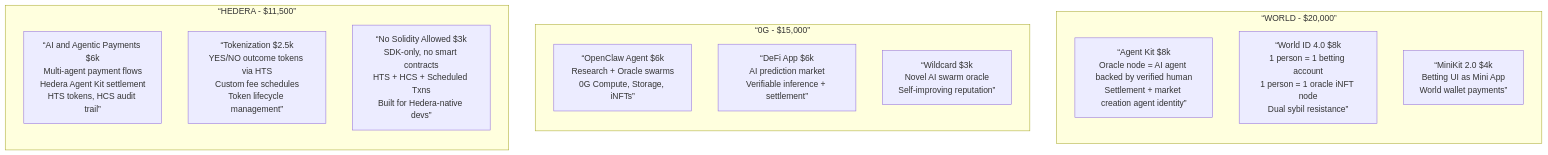
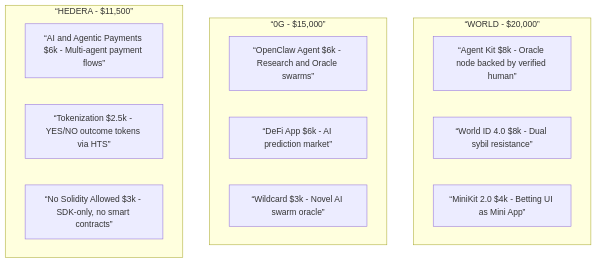
One commit to derek2403/cannes2026 changed the second of 8 diagrams in README.md. Above: the diagram before and after it, drawn with Mermaid. The commit also changed other lines of this file, not shown here.

````diff
--- a/README.md
+++ b/README.md
@@ -309,23 +308,20 @@
 ```mermaid
 graph TB
     subgraph WORLD[“WORLD - $20,000”]
-        direction TB
-        W1[“Agent Kit $8k<br/>Oracle node = AI agent backed by verified human<br/>Settlement + market creation agent identity”]
-        W2[“World ID 4.0 $8k<br/>1 person = 1 betting account<br/>1 person = 1 oracle iNFT node<br/>Dual sybil resistance”]
-        W3[“MiniKit 2.0 $4k<br/>Betting UI as Mini App<br/>World wallet payments”]
+        W1[“Agent Kit $8k - Oracle node backed by verified human”]
+        W2[“World ID 4.0 $8k - Dual sybil resistance”]
+        W3[“MiniKit 2.0 $4k - Betting UI as Mini App”]
     end
 
     subgraph ZG[“0G - $15,000”]
-        direction TB
-        Z1[“OpenClaw Agent $6k<br/>Research + Oracle swarms<br/>0G Compute, Storage, iNFTs”]
-        Z2[“DeFi App $6k<br/>AI prediction market<br/>Verifiable inference + settlement”]
-        Z3[“Wildcard $3k<br/>Novel AI swarm oracle<br/>Self-improving reputation”]
+        Z1[“OpenClaw Agent $6k - Research and Oracle swarms”]
+        Z2[“DeFi App $6k - AI prediction market”]
+        Z3[“Wildcard $3k - Novel AI swarm oracle”]
     end
 
     subgraph HEDERA[“HEDERA - $11,500”]
-        direction TB
-        H1[“AI and Agentic Payments $6k<br/>Multi-agent payment flows<br/>Hedera Agent Kit settlement<br/>HTS tokens, HCS audit trail”]
-        H2[“Tokenization $2.5k<br/>YES/NO outcome tokens via HTS<br/>Custom fee schedules<br/>Token lifecycle management”]
-        H3[“No Solidity Allowed $3k<br/>SDK-only, no smart contracts<br/>HTS + HCS + Scheduled Txns<br/>Built for Hedera-native devs”]
+        H1[“AI and Agentic Payments $6k - Multi-agent payment flows”]
+        H2[“Tokenization $2.5k - YES/NO outcome tokens via HTS”]
+        H3[“No Solidity Allowed $3k - SDK-only, no smart contracts”]
     end
 ```
````
